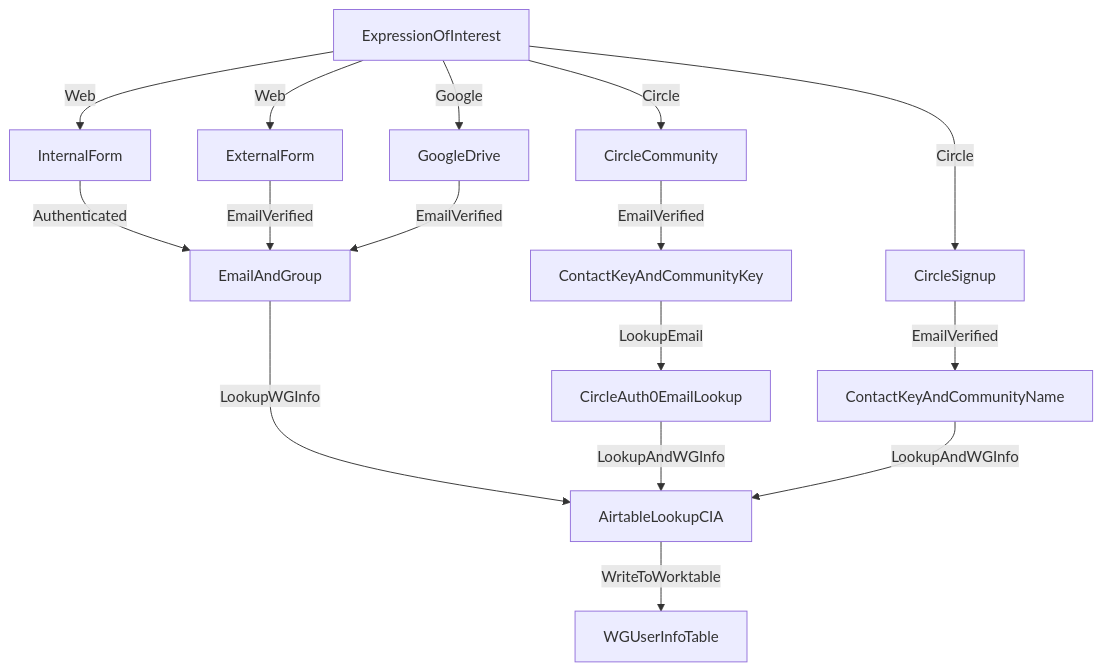
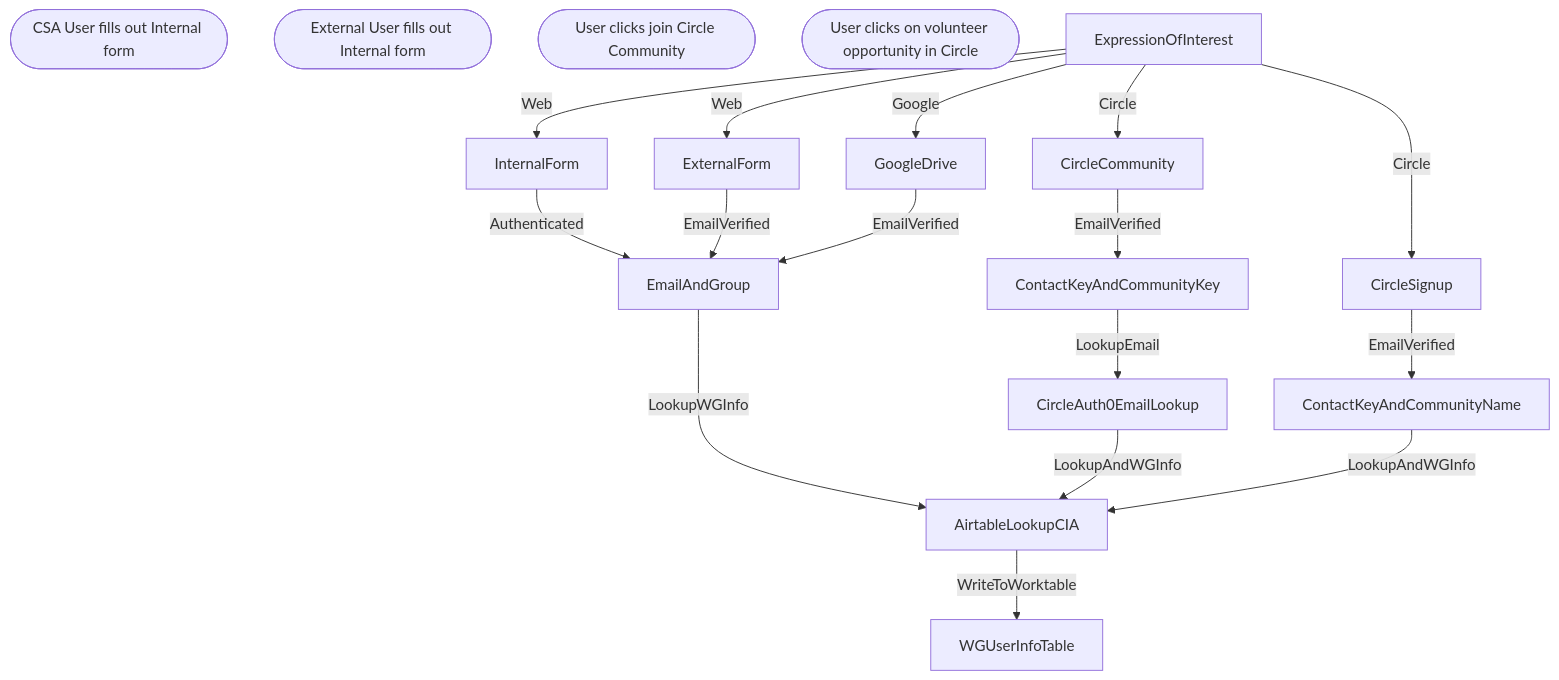
Before and after one commit to CloudSecurityAlliance/CSA-IT-Operations: the diagram in projects/WG-automation/diagram.md, drawn with Mermaid.

````diff
--- a/projects/WG-automation/diagram.md
+++ b/projects/WG-automation/diagram.md
@@ -1,27 +1,36 @@
 ```mermaid
 graph TD;
+
+internalForm([CSA User fills out Internal form])
+
+externalForm([External User fills out Internal form])
+%% requires email validation, e.g. Google forms "Collect email addresses Respondents will be required to sign in to Google"
+
+joinCommunity([User clicks join Circle Community])
+joinVolunteer([User clicks on volunteer opportunity in Circle])
+
 
 %% TODO: Use public form options that require a validated email (Google Forms?)
 
 ExpressionOfInterest -->|Web|InternalForm[InternalForm];
 ExpressionOfInterest -->|Web|ExternalForm[ExternalForm];
 ExpressionOfInterest -->|Circle|CircleCommunity[CircleCommunity];
 ExpressionOfInterest -->|Circle|CircleSignup[CircleSignup];
 ExpressionOfInterest -->|Google|GoogleDrive[GoogleDrive];
 
 InternalForm -->|Authenticated|EmailAndGroup[EmailAndGroup];
 ExternalForm -->|EmailVerified|EmailAndGroup[EmailAndGroup];
 CircleCommunity -->|EmailVerified|ContactKeyAndCommunityKey[ContactKeyAndCommunityKey];
 CircleSignup -->|EmailVerified|ContactKeyAndCommunityName[ContactKeyAndCommunityName];
 GoogleDrive -->|EmailVerified|EmailAndGroup[EmailAndGroup];
 
 EmailAndGroup -->|LookupWGInfo|AirtableLookupCIA[AirtableLookupCIA];
 
 ContactKeyAndCommunityKey -->|LookupEmail|CircleAuth0EmailLookup[CircleAuth0EmailLookup];
 CircleAuth0EmailLookup -->|LookupAndWGInfo|AirtableLookupCIA[AirtableLookupCIA];
 
 ContactKeyAndCommunityName -->|LookupAndWGInfo|AirtableLookupCIA[AirtableLookupCIA];
 
 AirtableLookupCIA -->|WriteToWorktable|WGUserInfoTable[WGUserInfoTable];
 
 ```
````
